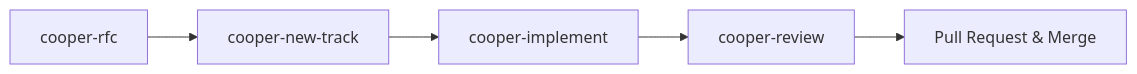
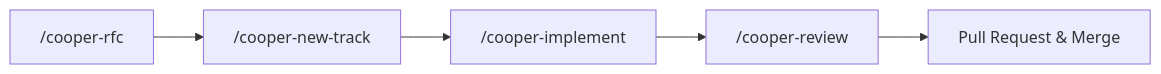
Before and after one commit to twoBoots/cooper: the diagram in docs/guide/workflow.md, drawn with Mermaid. The commit also changed other lines of this file and 12 other files, not shown here.

````diff
--- a/docs/guide/workflow.md
+++ b/docs/guide/workflow.md
@@ -5,7 +5,7 @@
 ```mermaid
 flowchart LR
-    A[cooper-rfc] --> B[cooper-new-track]
-    B --> C[cooper-implement]
-    C --> D[cooper-review]
-    D --> E[Pull Request & Merge]
+    A["/cooper-rfc"] --> B["/cooper-new-track"]
+    B --> C["/cooper-implement"]
+    C --> D["/cooper-review"]
+    D --> E["Pull Request & Merge"]
 ```
````
